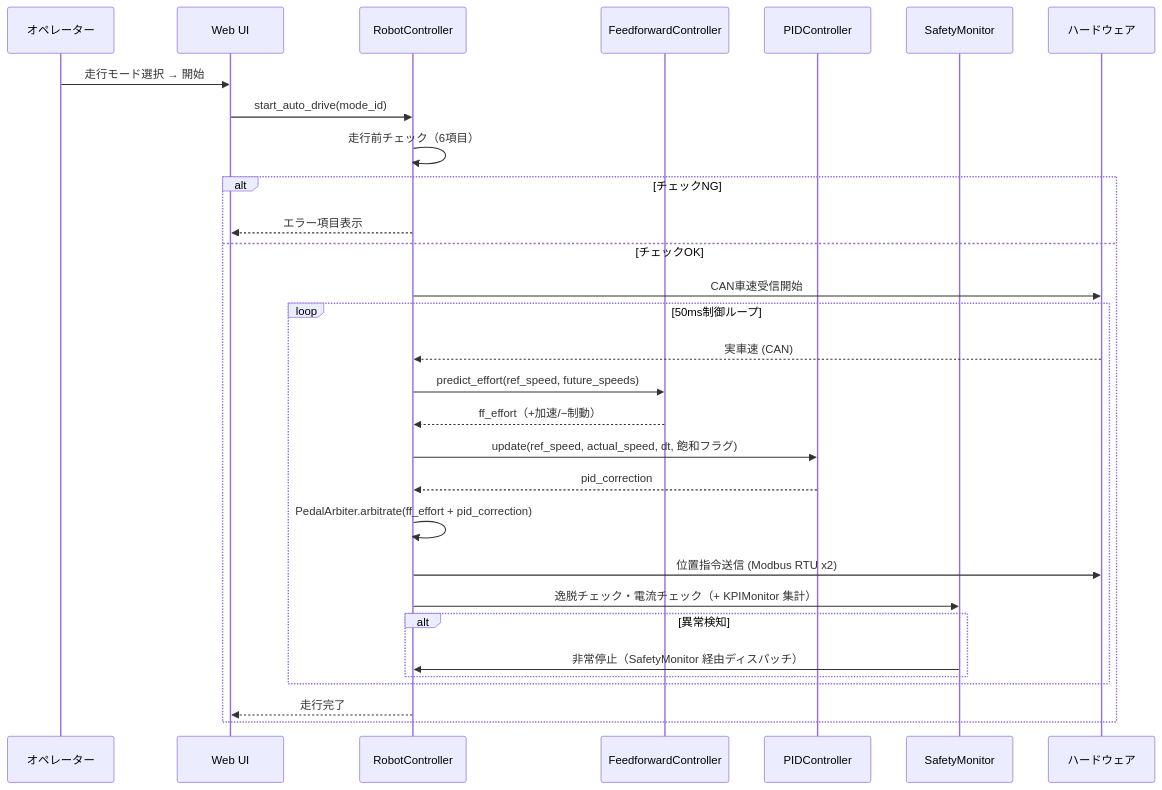
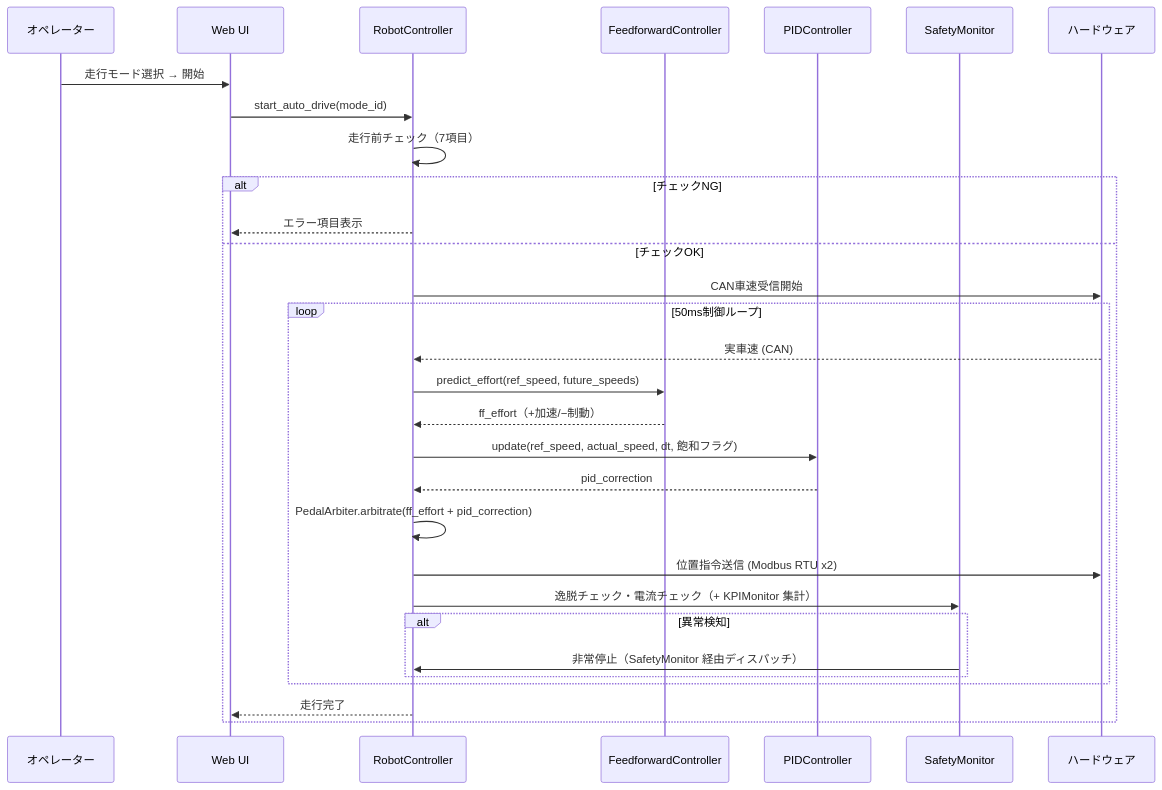
Before and after one commit to sskkusk1219/driving_robot: the sixth of 10 diagrams in docs/functional-design.md, drawn with Mermaid. The commit also changed other lines of this file and 128 other files, not shown here.

````diff
--- a/docs/functional-design.md
+++ b/docs/functional-design.md
@@ -718,33 +873,33 @@
 ```mermaid
 sequenceDiagram
     participant Op as オペレーター
     participant UI as Web UI
     participant RC as RobotController
     participant FF as FeedforwardController
     participant PID as PIDController
     participant SM as SafetyMonitor
     participant HW as ハードウェア
 
     Op->>UI: 走行モード選択 → 開始
     UI->>RC: start_auto_drive(mode_id)
-    RC->>RC: 走行前チェック（6項目）
+    RC->>RC: 走行前チェック（7項目）
     alt チェックNG
         RC-->>UI: エラー項目表示
     else チェックOK
         RC->>HW: CAN車速受信開始
         loop 50ms制御ループ
             HW-->>RC: 実車速 (CAN)
             RC->>FF: predict_effort(ref_speed, future_speeds)
             FF-->>RC: ff_effort（+加速/−制動）
             RC->>PID: update(ref_speed, actual_speed, dt, 飽和フラグ)
             PID-->>RC: pid_correction
             RC->>RC: PedalArbiter.arbitrate(ff_effort + pid_correction)
             RC->>HW: 位置指令送信 (Modbus RTU x2)
             RC->>SM: 逸脱チェック・電流チェック（+ KPIMonitor 集計）
             alt 異常検知
                 SM->>RC: 非常停止（SafetyMonitor 経由ディスパッチ）
             end
         end
         RC-->>UI: 走行完了
     end
 ```
````
